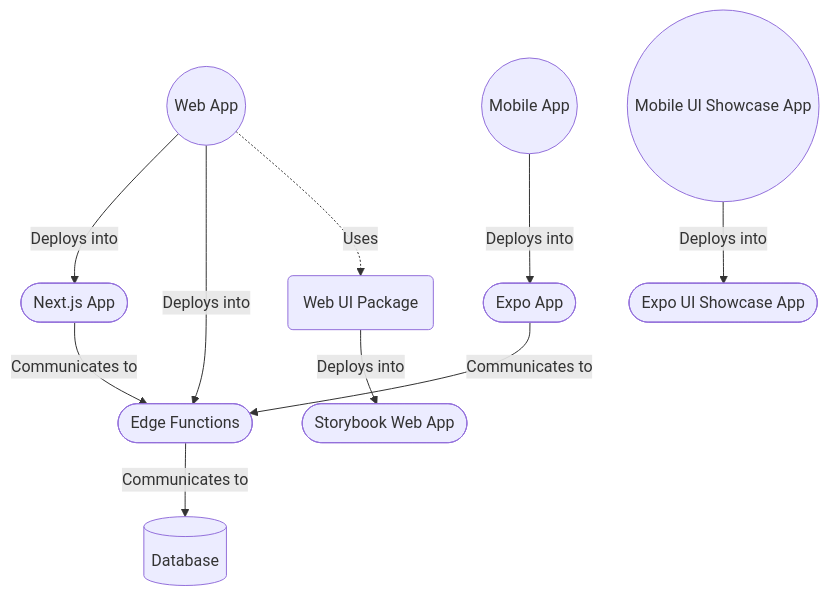
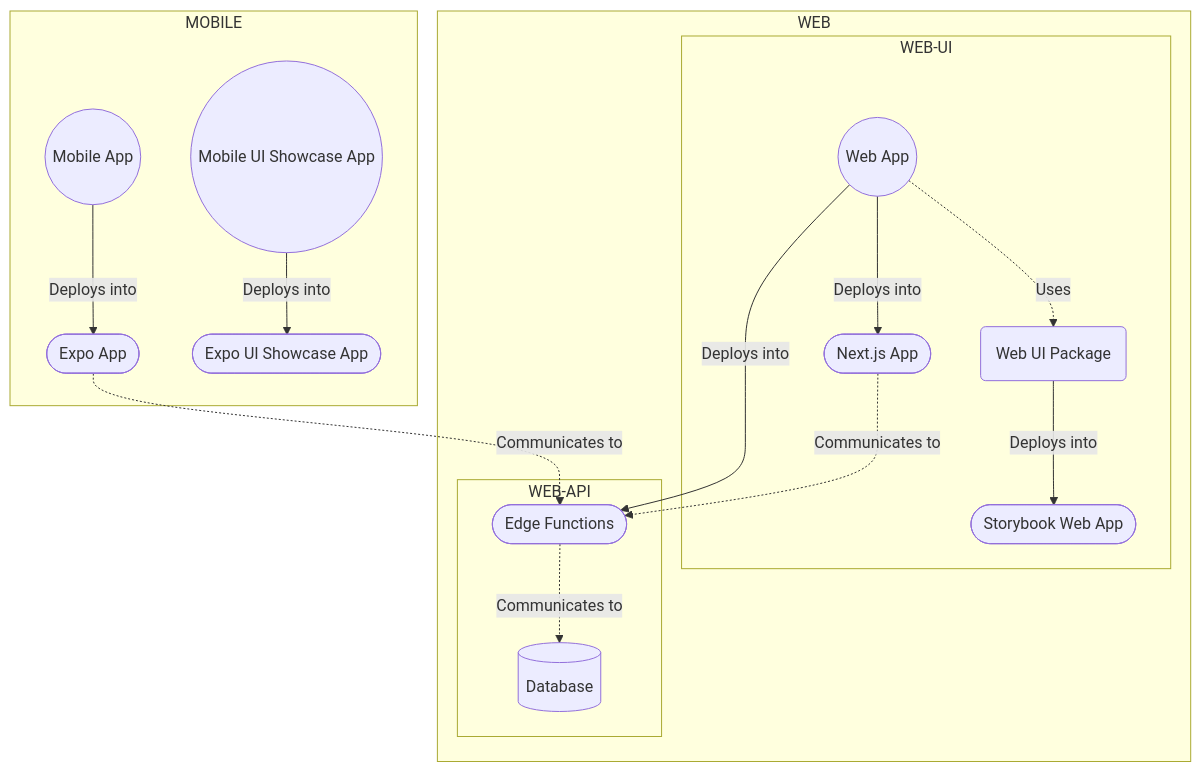
Before and after one commit to Rock-n-Prog/web-ts-monorepo-starter-pack: the first of 2 diagrams in docs/architecture/general.md, drawn with Mermaid. The commit also changed other lines of this file, not shown here.

````diff
--- a/docs/architecture/general.md
+++ b/docs/architecture/general.md
@@ -10,23 +10,33 @@
 ```mermaid
 graph TD;
   apps-web((Web App))
   apps-mobile((Mobile App))
   apps-mobile-ui-showcase((Mobile UI Showcase App))
   packages-web-ui(Web UI Package)
   component-nextjs-app([Next.js App])
   component-edge-functions([Edge Functions])
   component-expo-app([Expo App])
   component-storybook-web-app([Storybook Web App])
   component-expo-ui-showcase-app([Expo UI Showcase App])
   component-db[(Database)]
-
-  apps-web --> |Deploys into| component-nextjs-app
-  apps-web --> |Deploys into| component-edge-functions
-  apps-web -.-> |Uses| packages-web-ui
-  apps-mobile --> |Deploys into| component-expo-app
-  component-nextjs-app --> |Communicates to| component-edge-functions
-  component-expo-app --> |Communicates to| component-edge-functions
-  component-edge-functions --> |Communicates to| component-db
-  packages-web-ui --> |Deploys into| component-storybook-web-app
-  apps-mobile-ui-showcase --> |Deploys into| component-expo-ui-showcase-app
+  
+  subgraph WEB
+    subgraph WEB-UI
+      apps-web --> |Deploys into| component-nextjs-app
+      apps-web -.-> |Uses| packages-web-ui
+      packages-web-ui --> |Deploys into| component-storybook-web-app
+    end
+    
+    subgraph WEB-API
+      apps-web --> |Deploys into| component-edge-functions
+      component-nextjs-app -.-> |Communicates to| component-edge-functions
+      component-edge-functions -.-> |Communicates to| component-db
+    end
+  end
+  
+  subgraph MOBILE
+    apps-mobile --> |Deploys into| component-expo-app
+    component-expo-app -.-> |Communicates to| component-edge-functions
+    apps-mobile-ui-showcase --> |Deploys into| component-expo-ui-showcase-app
+  end
 ```
````
